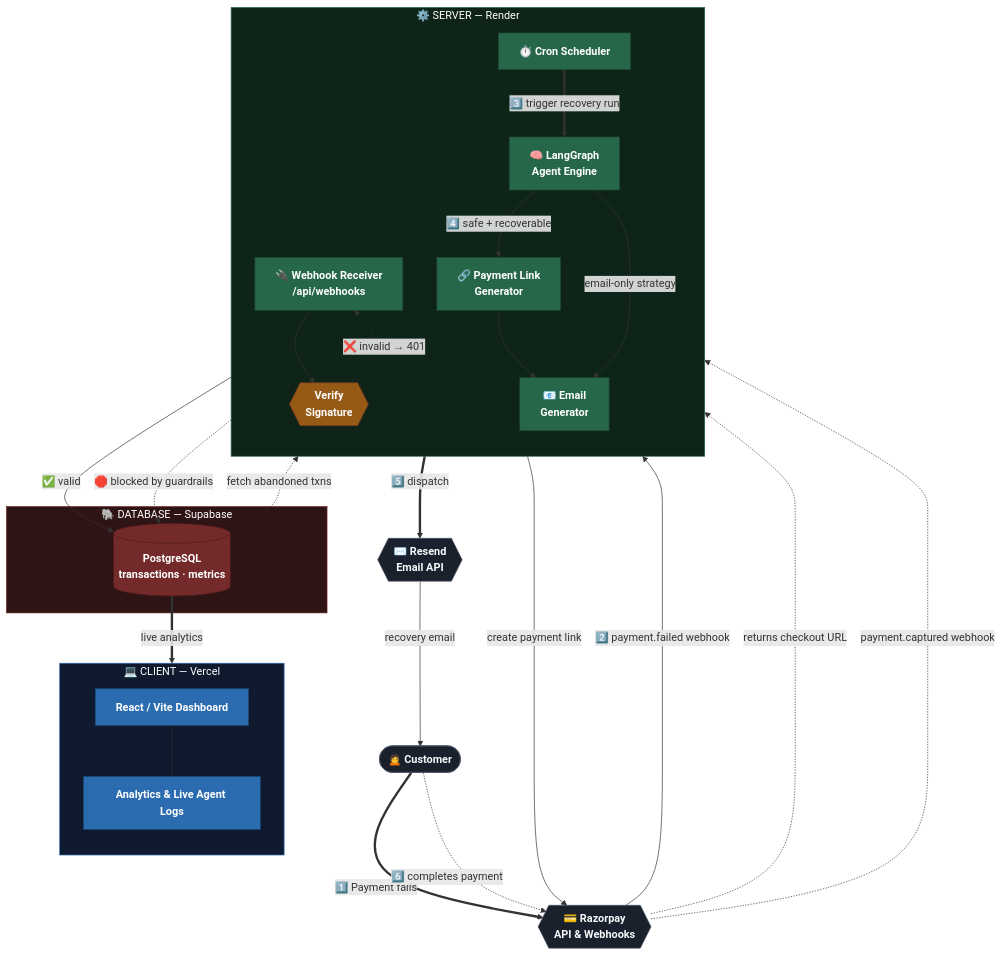
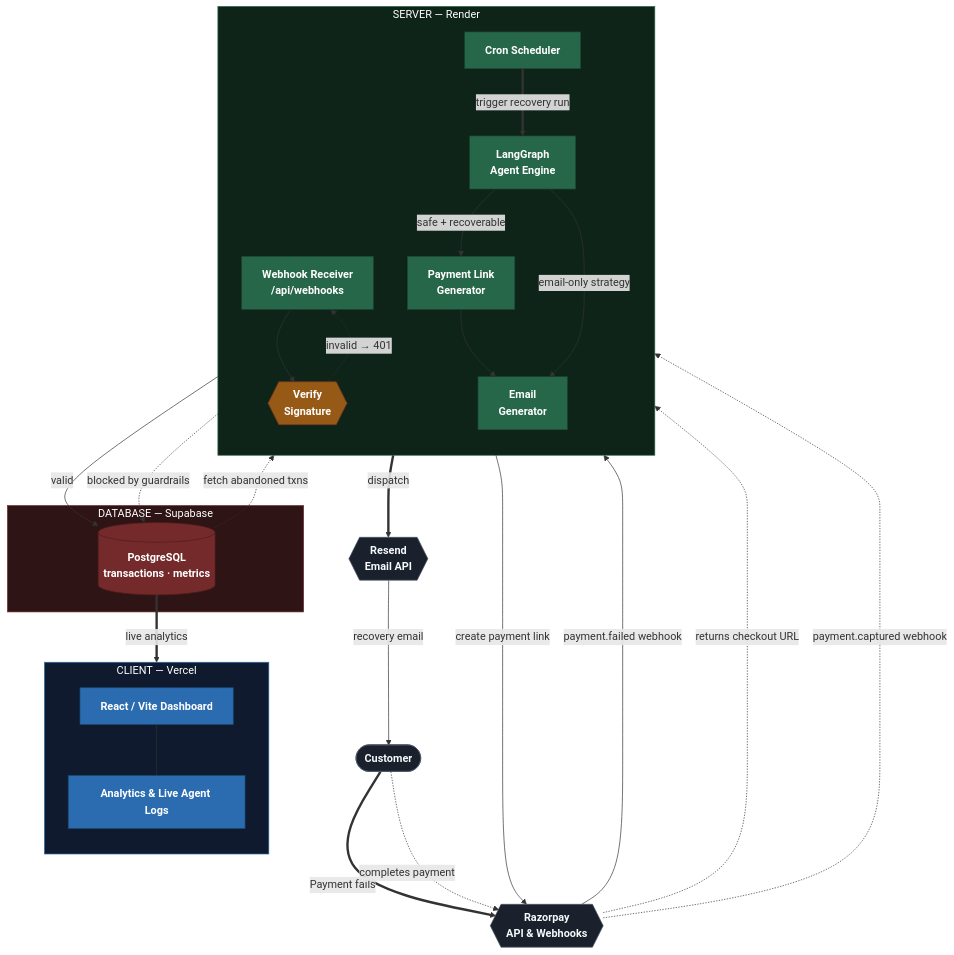
Before and after one commit to saurabhduhariya/Clawback: the first of 3 diagrams in README.md, drawn with Mermaid. The commit also changed other lines of this file, not shown here.

Commit message:
refactor: Simplify diagram labels and remove emojis for clarity

````diff
--- a/README.md
+++ b/README.md
@@ -88,66 +88,66 @@
 ```mermaid
 flowchart TB
-    Customer([" 🙍 Customer "])
-    RZP{{" 💳 Razorpay\nAPI & Webhooks "}}
-    Resend{{" ✉️ Resend\nEmail API "}}
+    Customer([" Customer "])
+    RZP{{" Razorpay\nAPI & Webhooks "}}
+    Resend{{" Resend\nEmail API "}}
 
-    subgraph ClientLayer[" 💻 CLIENT — Vercel "]
+    subgraph ClientLayer[" CLIENT — Vercel "]
         direction TB
         UI["React / Vite Dashboard"]
         Charts["Analytics & Live Agent Logs"]
         UI --- Charts
     end
 
-    subgraph ServerLayer[" ⚙️ SERVER — Render "]
+    subgraph ServerLayer[" SERVER — Render "]
         direction TB
-        WebhookAPI["🔌 Webhook Receiver\n/api/webhooks"]
+        WebhookAPI["Webhook Receiver\n/api/webhooks"]
         Verify{{"Verify\nSignature"}}
-        Scheduler["⏱️ Cron Scheduler"]
-        AgentEngine["🧠 LangGraph\nAgent Engine"]
-        LinkGen["🔗 Payment Link\nGenerator"]
-        EmailGen["📧 Email\nGenerator"]
+        Scheduler["Cron Scheduler"]
+        AgentEngine["LangGraph\nAgent Engine"]
+        LinkGen["Payment Link\nGenerator"]
+        EmailGen["Email\nGenerator"]
     end
 
-    subgraph DataLayer[" 🐘 DATABASE — Supabase "]
+    subgraph DataLayer[" DATABASE — Supabase "]
         DB[("PostgreSQL\ntransactions · metrics")]
     end
 
-    Customer == "1️⃣ Payment fails" ==> RZP
-    RZP -- "2️⃣ payment.failed webhook" --> WebhookAPI
+    Customer == "Payment fails" ==> RZP
+    RZP -- "payment.failed webhook" --> WebhookAPI
     WebhookAPI --> Verify
-    Verify -- "✅ valid" --> DB
-    Verify -. "❌ invalid → 401" .-> WebhookAPI
+    Verify -- "valid" --> DB
+    Verify -. "invalid → 401" .-> WebhookAPI
 
-    Scheduler == "3️⃣ trigger recovery run" ==> AgentEngine
+    Scheduler == "trigger recovery run" ==> AgentEngine
     DB -. "fetch abandoned txns" .-> AgentEngine
 
-    AgentEngine -- "4️⃣ safe + recoverable" --> LinkGen
-    AgentEngine -. "🛑 blocked by guardrails" .-> DB
+    AgentEngine -- "safe + recoverable" --> LinkGen
+    AgentEngine -. "blocked by guardrails" .-> DB
     LinkGen -- "create payment link" --> RZP
     RZP -. "returns checkout URL" .-> LinkGen
     LinkGen --> EmailGen
     AgentEngine -- "email-only strategy" --> EmailGen
 
-    EmailGen == "5️⃣ dispatch" ==> Resend
+    EmailGen == "dispatch" ==> Resend
     Resend -- "recovery email" --> Customer
-    Customer -. "6️⃣ completes payment" .-> RZP
+    Customer -. "completes payment" .-> RZP
     RZP -. "payment.captured webhook" .-> WebhookAPI
 
     DB == "live analytics" ==> UI
 
     classDef actor fill:#1a202c,stroke:#4a5568,color:#f7fafc,font-weight:bold
     classDef client fill:#2b6cb0,stroke:#1a4971,color:#fff,font-weight:bold
     classDef server fill:#276749,stroke:#1c4532,color:#fff,font-weight:bold
     classDef gate fill:#975a16,stroke:#7b341e,color:#fff,font-weight:bold
     classDef data fill:#742a2a,stroke:#521b1b,color:#fff,font-weight:bold
 
     class Customer,RZP,Resend actor
     class UI,Charts client
     class WebhookAPI,Scheduler,AgentEngine,LinkGen,EmailGen server
     class Verify gate
     class DB data
 
     style ClientLayer fill:#0f1a2e,stroke:#2b6cb0,stroke-width:1px,color:#fff
     style ServerLayer fill:#0f2419,stroke:#276749,stroke-width:1px,color:#fff
     style DataLayer fill:#2e1414,stroke:#742a2a,stroke-width:1px,color:#fff
 ```
````
